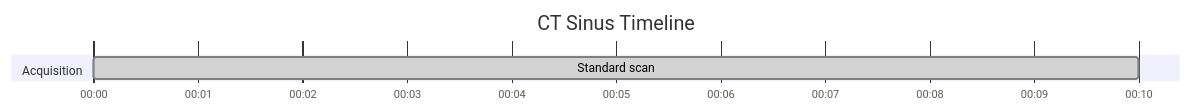
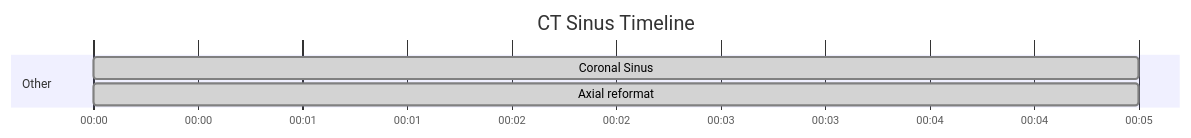
One commit to dfergs93/radiology-protocols changed the diagram in docs/ct/neuro/ct-sinus.md. Above: the diagram before and after it, drawn with Mermaid. The commit also changed 101 other files, not shown here.

````diff
--- a/docs/ct/neuro/ct-sinus.md
+++ b/docs/ct/neuro/ct-sinus.md
@@ -71,13 +71,16 @@
   ```mermaid
   ---
+  displayMode: compact
   config:
     theme: default
+    themeCSS: " #Saline{ fill: #4ed5ff; stroke: #2094f3; } "
   ---
     gantt
       title CT Sinus Timeline
       dateFormat mm:ss
       axisFormat %M:%S 
       
-      section Acquisition
-      Standard scan    :done, scan1, 00:00, 10s
+      section Other
+      Coronal Sinus    :done, scan1, 00:00, 5s
+      Axial reformat    :done, scan2, 00:00, 5s
   ```
````
